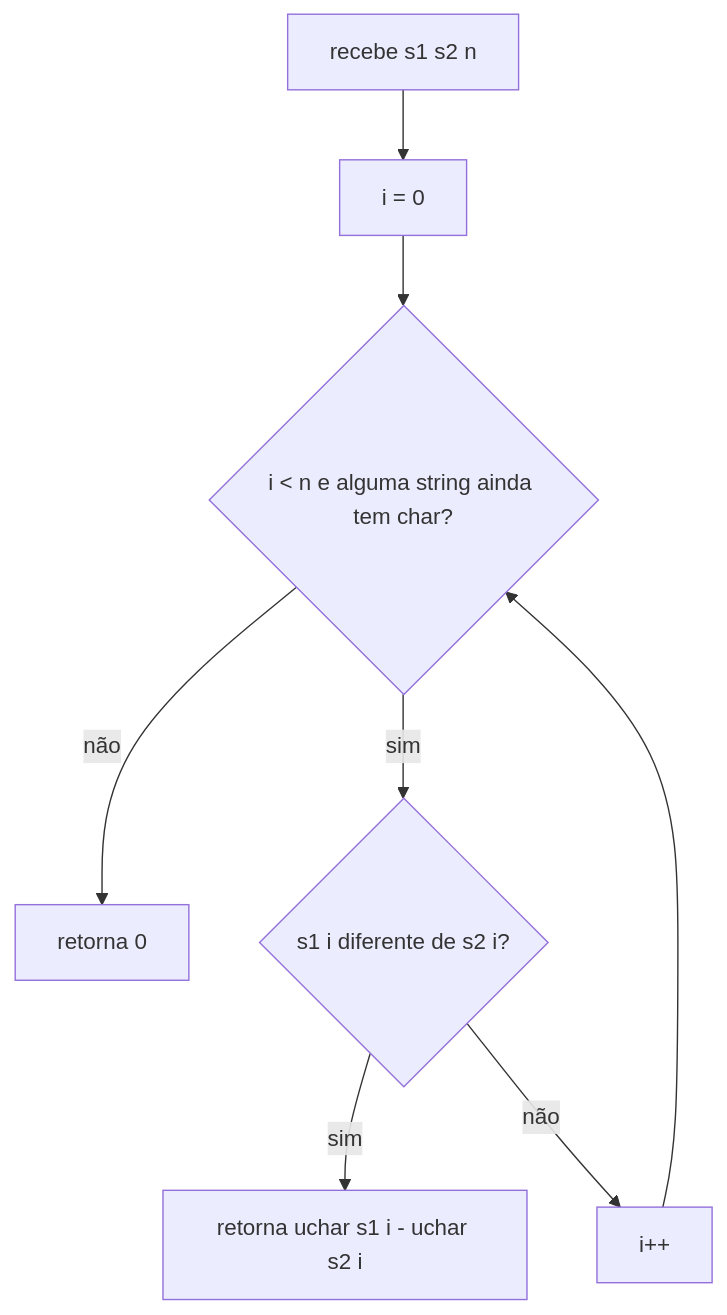
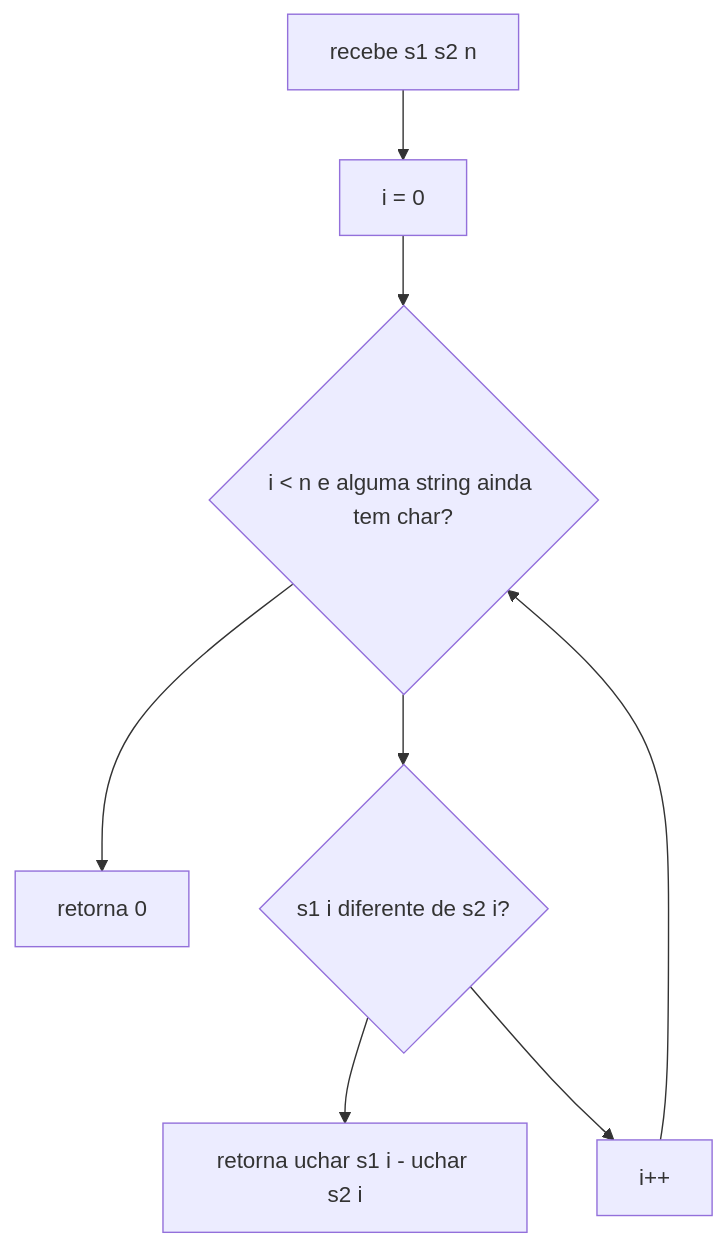
Diagram 17 of 43 in 1-libft/Readme.md (ahy-git/docs), drawn with Mermaid before and after one commit. The commit also changed other lines of this file, not shown here.

````diff
--- a/1-libft/Readme.md
+++ b/1-libft/Readme.md
@@ -1496,10 +1496,10 @@
 ```mermaid
 flowchart TD
 	A["recebe s1 s2 n"] --> B["i = 0"]
 	B --> C{"i < n e alguma string ainda tem char?"}
-	C -- não --> D["retorna 0"]
-	C -- sim --> E{"s1 i diferente de s2 i?"}
-	E -- sim --> F["retorna uchar s1 i - uchar s2 i"]
-	E -- não --> G["i++"]
+	C --> D["retorna 0"]
+	C --> E{"s1 i diferente de s2 i?"}
+	E --> F["retorna uchar s1 i - uchar s2 i"]
+	E --> G["i++"]
 	G --> C
 ```
````
